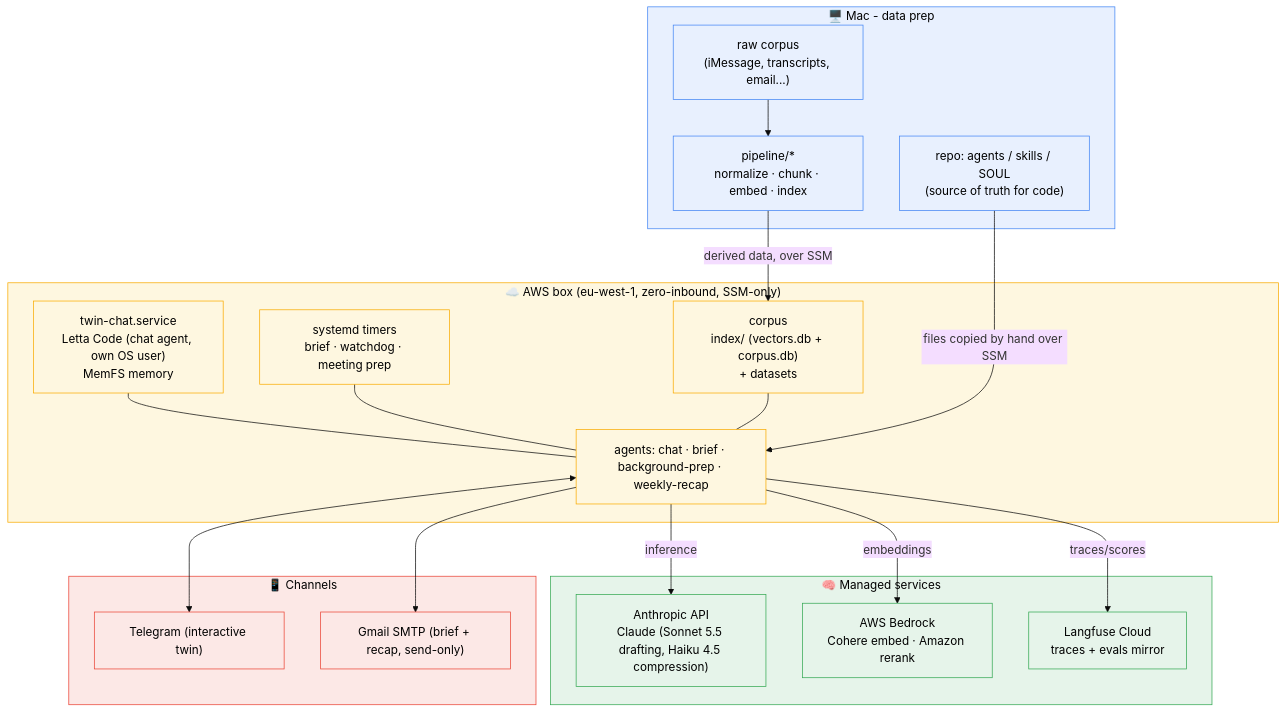
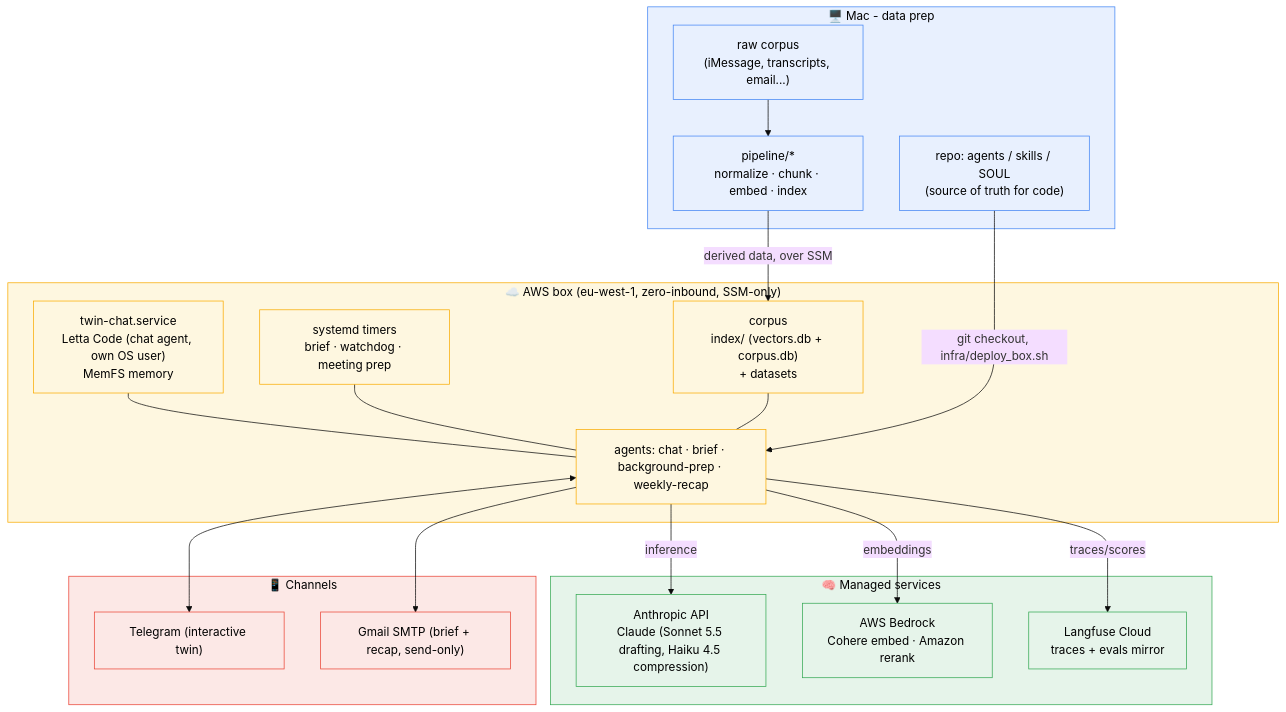
Before and after one commit to danielpuri1901/twin-mind: the first of 6 diagrams in docs/architecture-map.md, drawn with Mermaid (base theme). The commit also changed other lines of this file and 5 other files, not shown here.

First line of the commit message:
feat: the box deploys as a git checkout behind the ship gate

````diff
--- a/docs/architecture-map.md
+++ b/docs/architecture-map.md
@@ -15,47 +15,47 @@
 ```mermaid
 flowchart TB
     subgraph MAC["🖥️ Mac - data prep"]
         RAW["raw corpus<br/>(iMessage, transcripts, email...)"]
         PREP["pipeline/*<br/>normalize · chunk · embed · index"]
         REPO["repo: agents / skills / SOUL<br/>(source of truth for code)"]
         RAW --> PREP
     end
 
     subgraph BOX["☁️ AWS box (eu-west-1, zero-inbound, SSM-only)"]
         LETTA["twin-chat.service<br/>Letta Code (chat agent, own OS user)<br/>MemFS memory"]
         TIMERS["systemd timers<br/>brief · watchdog · meeting prep"]
         DERIVED["corpus<br/>index/ (vectors.db + corpus.db)<br/>+ datasets"]
         AGENTS["agents: chat · brief · background-prep · weekly-recap"]
         LETTA --- AGENTS
         TIMERS --- AGENTS
         DERIVED --- AGENTS
     end
 
     subgraph CLOUD["🧠 Managed services"]
         ANTHROPIC["Anthropic API<br/>Claude (Sonnet 5.5 drafting, Haiku 4.5 compression)"]
         BEDROCK["AWS Bedrock<br/>Cohere embed · Amazon rerank"]
         LANGFUSE["Langfuse Cloud<br/>traces + evals mirror"]
     end
 
     subgraph CHAN["📱 Channels"]
         TG["Telegram (interactive twin)"]
         GMAIL["Gmail SMTP (brief + recap, send-only)"]
     end
 
     PREP -->|"derived data, over SSM"| DERIVED
-    REPO -->|"files copied by hand over SSM"| AGENTS
+    REPO -->|"git checkout, infra/deploy_box.sh"| AGENTS
     AGENTS -->|inference| ANTHROPIC
     AGENTS -->|embeddings| BEDROCK
     AGENTS -->|traces/scores| LANGFUSE
     AGENTS <--> TG
     AGENTS --> GMAIL
 
     classDef mac fill:#e8f0fe,stroke:#4285f4,color:#000
     classDef box fill:#fef7e0,stroke:#f9ab00,color:#000
     classDef cloud fill:#e6f4ea,stroke:#34a853,color:#000
     classDef chan fill:#fce8e6,stroke:#ea4335,color:#000
     class MAC,RAW,PREP,REPO mac
     class BOX,LETTA,TIMERS,DERIVED,AGENTS box
     class CLOUD,ANTHROPIC,BEDROCK,LANGFUSE cloud
     class CHAN,TG,GMAIL chan
 ```
````
